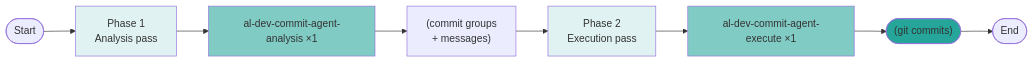
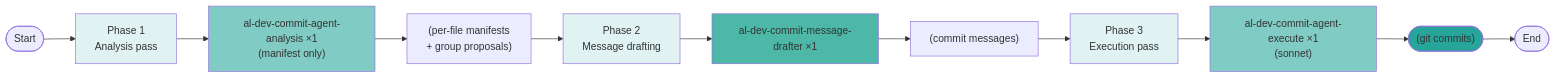
One commit to russell-laing/al-dev-shared changed the seventh of 18 diagrams in docs/al-dev-plugin-map.md. Above: the diagram before and after it, drawn with Mermaid. The commit also changed other lines of this file and 1 other file, not shown here.

First line of the commit message:
docs: sync plugin and agent maps with implementation changes

````diff
--- a/docs/al-dev-plugin-map.md
+++ b/docs/al-dev-plugin-map.md
@@ -253,16 +267,21 @@
 ```mermaid
 flowchart LR
     Start([Start]) --> Phase1["Phase 1<br/>Analysis pass"]
-    Phase1 --> Agent1["al-dev-commit-agent-analysis ×1"]
-    Agent1 --> Interim["(commit groups<br/>+ messages)"]
-    Interim --> Phase2["Phase 2<br/>Execution pass"]
-    Phase2 --> Agent2["al-dev-commit-agent-execute ×1"]
-    Agent2 --> Output1(["(git commits)"])
+    Phase1 --> Agent1["al-dev-commit-agent-analysis ×1<br/>(manifest only)"]
+    Agent1 --> Interim1["(per-file manifests<br/>+ group proposals)"]
+    Interim1 --> Phase2["Phase 2<br/>Message drafting"]
+    Phase2 --> Agent2["al-dev-commit-message-drafter ×1"]
+    Agent2 --> Interim2["(commit messages)"]
+    Interim2 --> Phase3["Phase 3<br/>Execution pass"]
+    Phase3 --> Agent3["al-dev-commit-agent-execute ×1<br/>(sonnet)"]
+    Agent3 --> Output1(["(git commits)"])
     Output1 --> End([End])
 
     style Phase1 fill:#e0f2f1
     style Phase2 fill:#e0f2f1
+    style Phase3 fill:#e0f2f1
     style Agent1 fill:#80cbc4
-    style Agent2 fill:#80cbc4
+    style Agent2 fill:#4db8a8
+    style Agent3 fill:#80cbc4
     style Output1 fill:#26a69a
 ```
````
